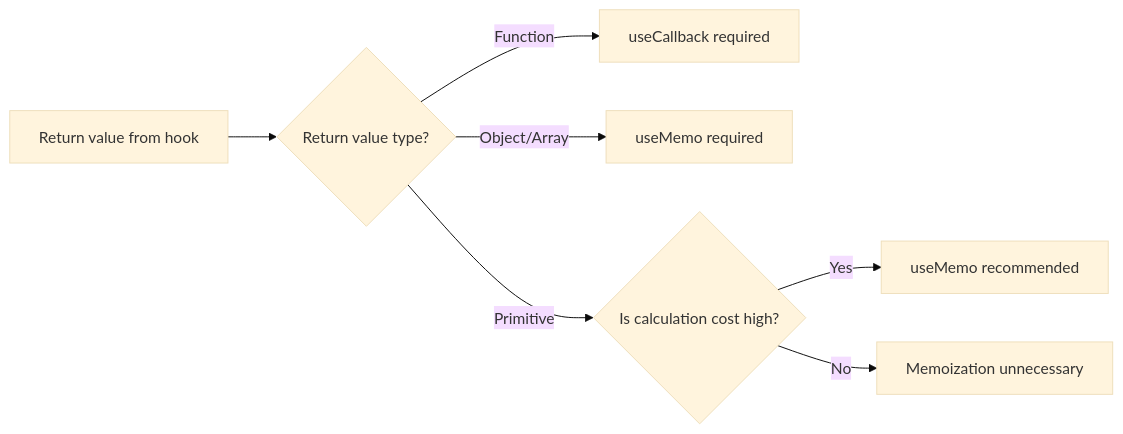
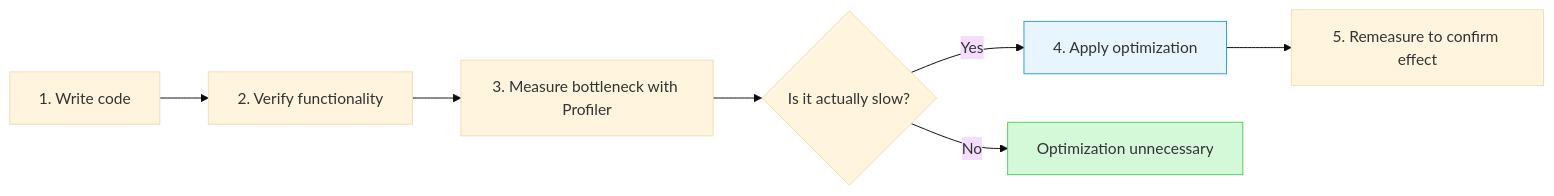
One commit to codefug/codefug.github.io changed diagram 14 of 17 in markdown/2026-01-18/en/content.mdx. Above: the diagram before and after it, drawn with Mermaid (base theme). The commit also changed other lines of this file and 2 other files, not shown here.

First line of the commit message:
docs: useCallback, useMemo 포스트 영문 번역 완성

````diff
--- a/markdown/2026-01-18/en/content.mdx
+++ b/markdown/2026-01-18/en/content.mdx
@@ -1288,9 +1180,12 @@
 ```mermaid
 flowchart LR
-    A["Return value from hook"] --> B{"Return value type?"}
-    B -->|"Function"| C["useCallback required"]
-    B -->|"Object/Array"| D["useMemo required"]
-    B -->|"Primitive"| E{"Is calculation cost high?"}
-    E -->|"Yes"| F["useMemo recommended"]
-    E -->|"No"| G["Memoization unnecessary"]
+    A["1. Write code"] --> B["2. Verify functionality"]
+    B --> C["3. Measure bottleneck with Profiler"]
+    C --> D{"Is it actually slow?"}
+    D -->|Yes| E["4. Apply optimization"]
+    D -->|No| F["Optimization unnecessary"]
+    E --> G["5. Remeasure to confirm effect"]
+
+    style F fill:#d3f9d8,stroke:#51cf66
+    style E fill:#e7f5ff,stroke:#339af0
 ```
````
